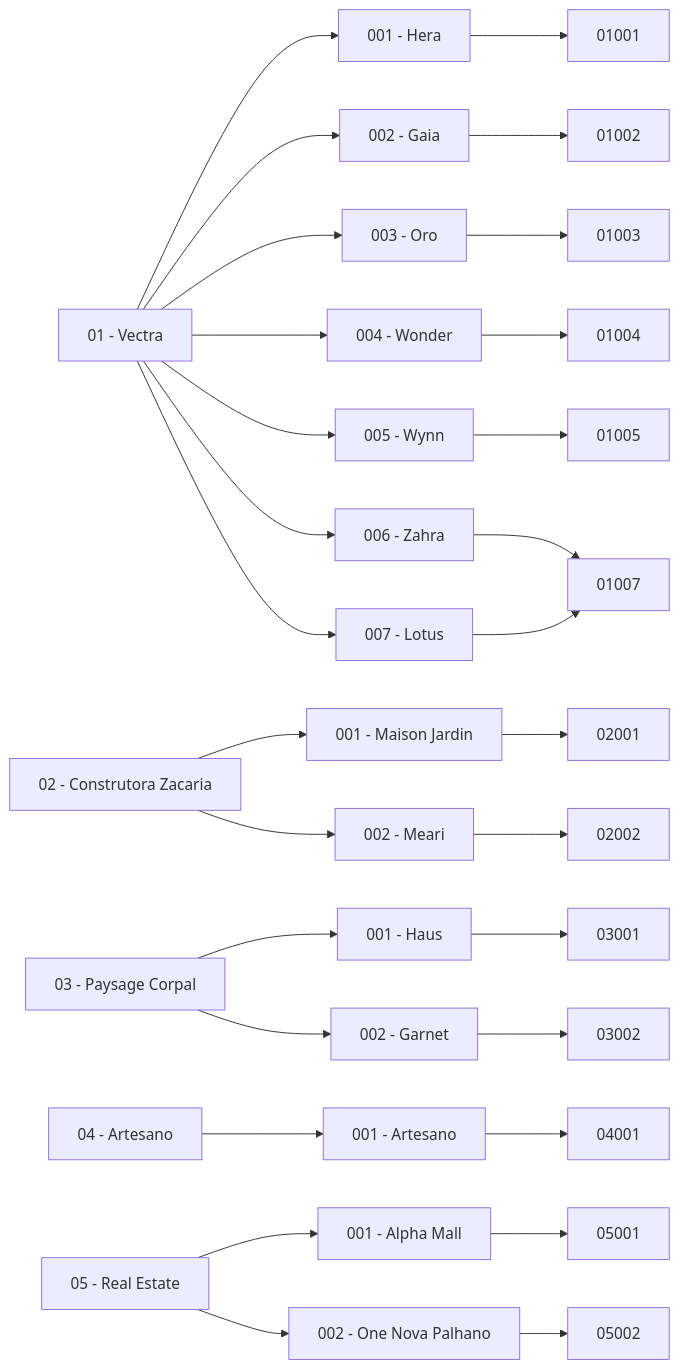
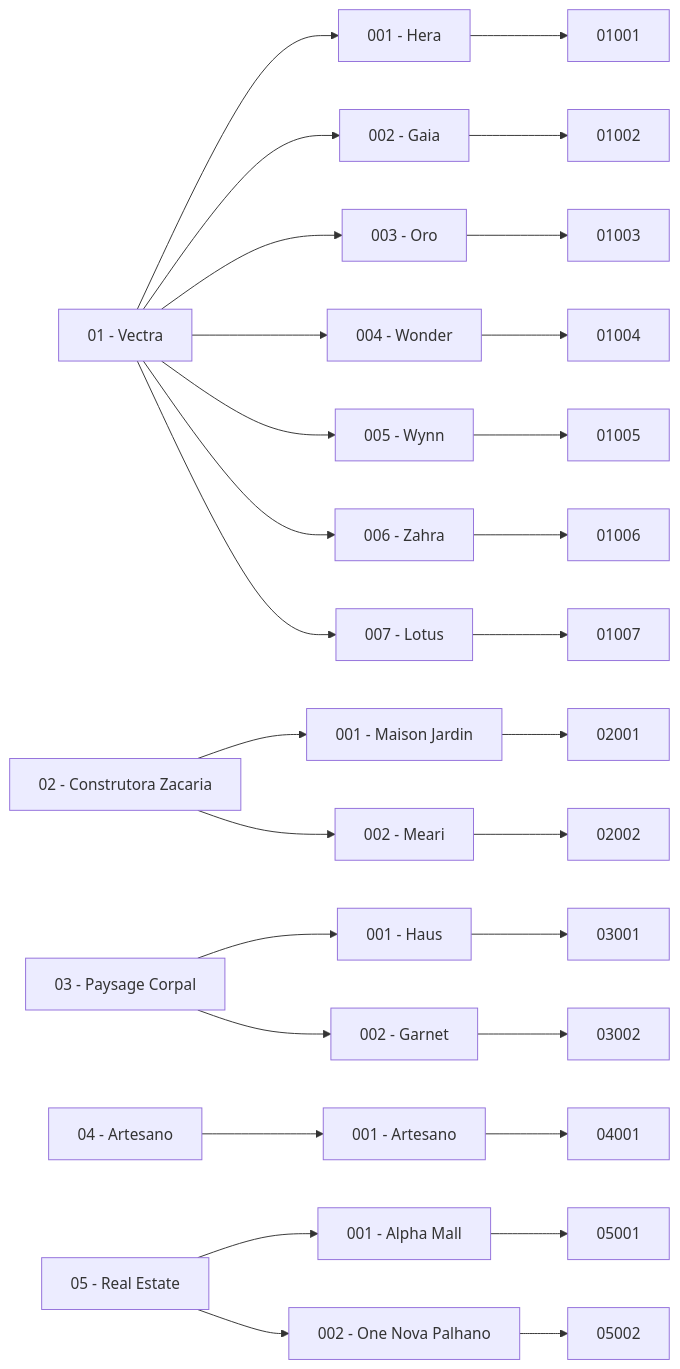
The third of 3 diagrams in readme.md (leadzsoftware/cmsouza), drawn with Mermaid before and after one commit.

````diff
--- a/readme.md
+++ b/readme.md
@@ -286,22 +286,22 @@
 ```mermaid
 flowchart LR
     A["01 - Vectra"] --> A1["001 - Hera"] & A2["002 - Gaia"] & A3["003 - Oro"] & A4["004 - Wonder"] & A5["005 - Wynn"] & A6["006 - Zahra"] & A7["007 - Lotus"]
     B["02 - Construtora Zacaria"] --> B1["001 - Maison Jardin"] & B2["002 - Meari"]
     C["03 - Paysage Corpal"] --> C1["001 - Haus"] & C2["002 - Garnet"]
     D["04 - Artesano"] --> D1["001 - Artesano"]
     E["05 - Real Estate"] --> E1["001 - Alpha Mall"] & E2["002 - One Nova Palhano"]
     A1 --> nv["01001"]
     A2 --> n0["01002"]
     A3 --> nt["01003"]
     A4 --> nf["01004"]
     A5 --> nh["01005"]
     A6 --> ni["01006"]
-    A7 --> ni["01007"]
+    A7 --> nj["01007"]
     B1 --> nn["02001"]
     B2 --> nl["02002"]
     C1 --> nk["03001"]
     C2 --> n9["03002"]
     D1 --> nq["04001"]
     E1 --> nr["05001"]
     E2 --> ns["05002"]
 ```
````
